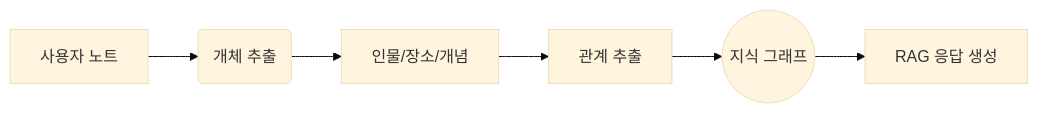
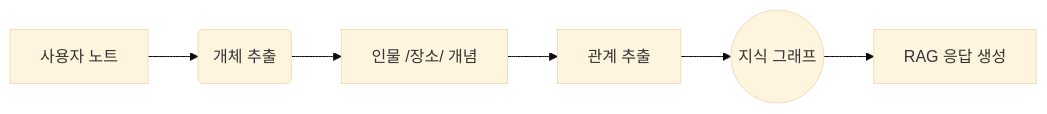
One commit to junghan0611/garden changed the diagram in content/notes/20250328T090326.md. Above: the diagram before and after it, drawn with Mermaid (base theme). The commit also changed 1043 other files, not shown here.

````diff
--- a/content/notes/20250328T090326.md
+++ b/content/notes/20250328T090326.md
@@ -206,8 +206,8 @@
 ```mermaid
 graph LR
     A[사용자 노트] --> B(개체 추출)
-    B --> C[인물/장소/개념]
+    B --> C[인물 /장소/ 개념]
     C --> D[관계 추출]
     D --> E((지식 그래프))
     E --> F[RAG 응답 생성]
 ```
````
